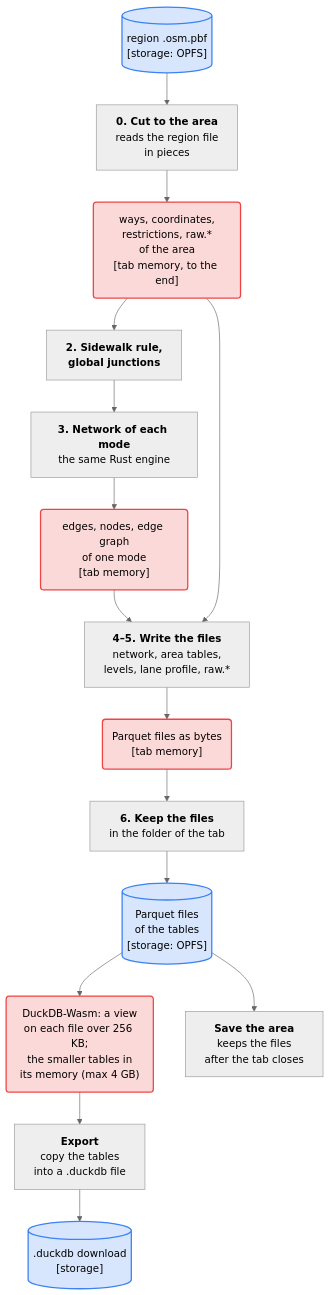
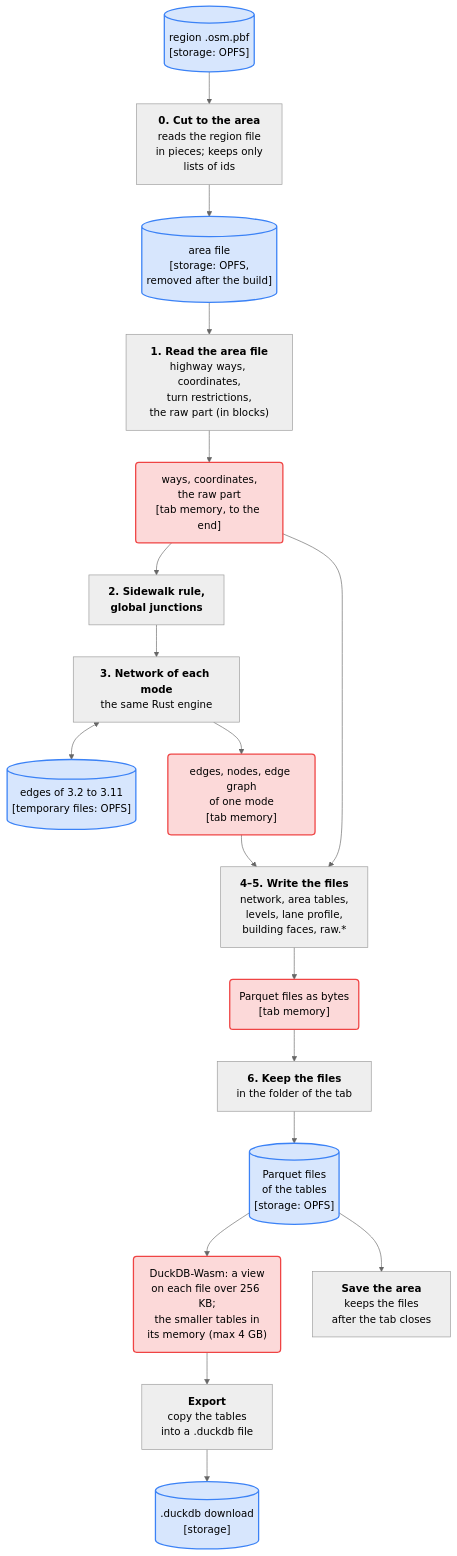
One commit to Khoshkhah/duckOSM changed the second of 3 diagrams in docs/concepts/offline-online.md. Above: the diagram before and after it, drawn with Mermaid (neutral theme). The commit also changed other lines of this file, not shown here.

````diff
--- a/docs/concepts/offline-online.md
+++ b/docs/concepts/offline-online.md
@@ -70,31 +70,36 @@
 ```mermaid
 flowchart TB
     REG[("region .osm.pbf<br/>[storage: OPFS]")]
 
-    S0["<b>0. Cut to the area</b><br/>reads the region file<br/>in pieces"]
-    M0("ways, coordinates,<br/>restrictions, raw.*<br/>of the area<br/>[tab memory, to the end]")
+    S0["<b>0. Cut to the area</b><br/>reads the region file<br/>in pieces; keeps only<br/>lists of ids"]
+    A[("area file<br/>[storage: OPFS,<br/>removed after the build]")]
+    S1["<b>1. Read the area file</b><br/>highway ways, coordinates,<br/>turn restrictions,<br/>the raw part (in blocks)"]
+    M1("ways, coordinates,<br/>the raw part<br/>[tab memory, to the end]")
     S2["<b>2. Sidewalk rule,</b><br/><b>global junctions</b>"]
     S3["<b>3. Network of each mode</b><br/>the same Rust engine"]
+    T[("edges of 3.2 to 3.11<br/>[temporary files: OPFS]")]
     M3("edges, nodes, edge graph<br/>of one mode<br/>[tab memory]")
-    S4["<b>4–5. Write the files</b><br/>network, area tables,<br/>levels, lane profile, raw.*"]
+    S4["<b>4–5. Write the files</b><br/>network, area tables,<br/>levels, lane profile,<br/>building faces, raw.*"]
     M4("Parquet files as bytes<br/>[tab memory]")
     S6["<b>6. Keep the files</b><br/>in the folder of the tab"]
     O[("Parquet files<br/>of the tables<br/>[storage: OPFS]")]
     M6("DuckDB-Wasm: a view<br/>on each file over 256 KB;<br/>the smaller tables in<br/>its memory (max 4 GB)")
     SAVE["<b>Save the area</b><br/>keeps the files<br/>after the tab closes"]
     EXP["<b>Export</b><br/>copy the tables<br/>into a .duckdb file"]
     DL[(".duckdb download<br/>[storage]")]
 
-    REG --> S0 --> M0
-    M0 --> S2 --> S3 --> M3 --> S4
-    M0 --> S4
+    REG --> S0 --> A --> S1 --> M1
+    M1 --> S2 --> S3
+    S3 <--> T
+    S3 --> M3 --> S4
+    M1 --> S4
     S4 --> M4 --> S6 --> O
     O --> M6
     O --> SAVE
     M6 --> EXP --> DL
 
     classDef disk fill:#3b82f633,stroke:#3b82f6,stroke-width:2px
     classDef mem fill:#ef444433,stroke:#ef4444,stroke-width:2px
-    class REG,O,DL disk
-    class M0,M3,M4,M6 mem
+    class REG,A,T,O,DL disk
+    class M1,M3,M4,M6 mem
 ```
````
